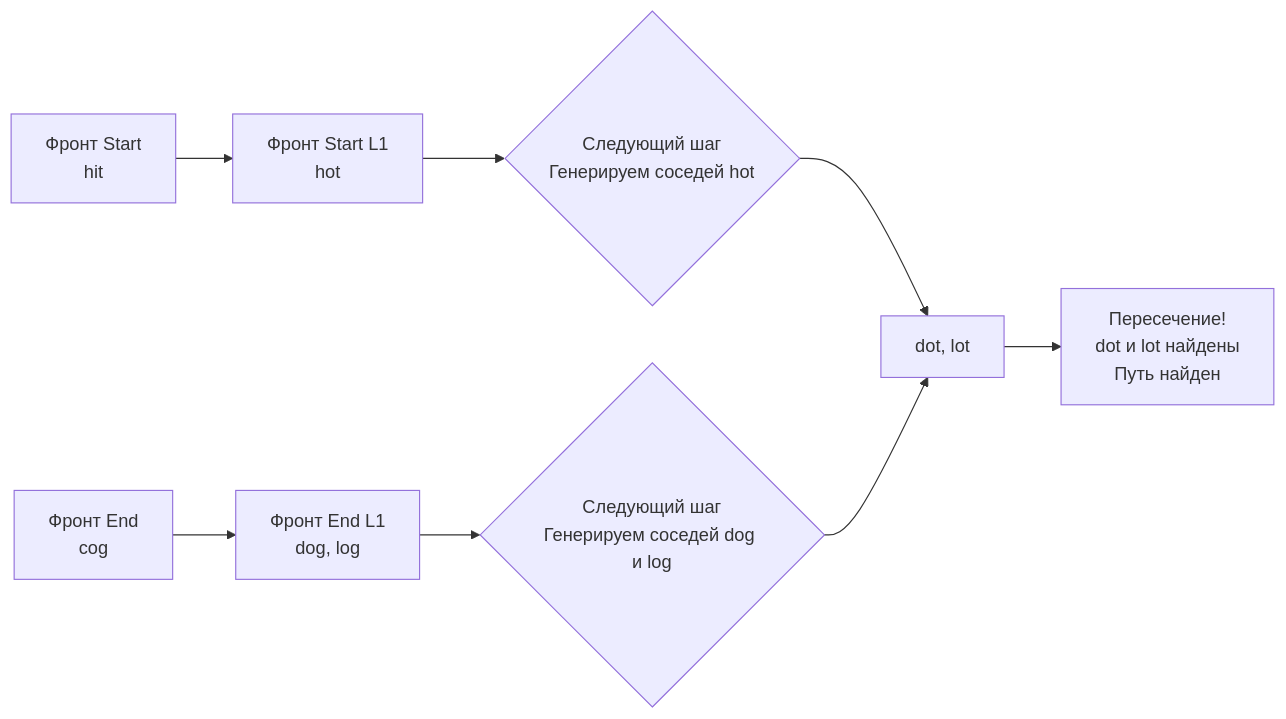
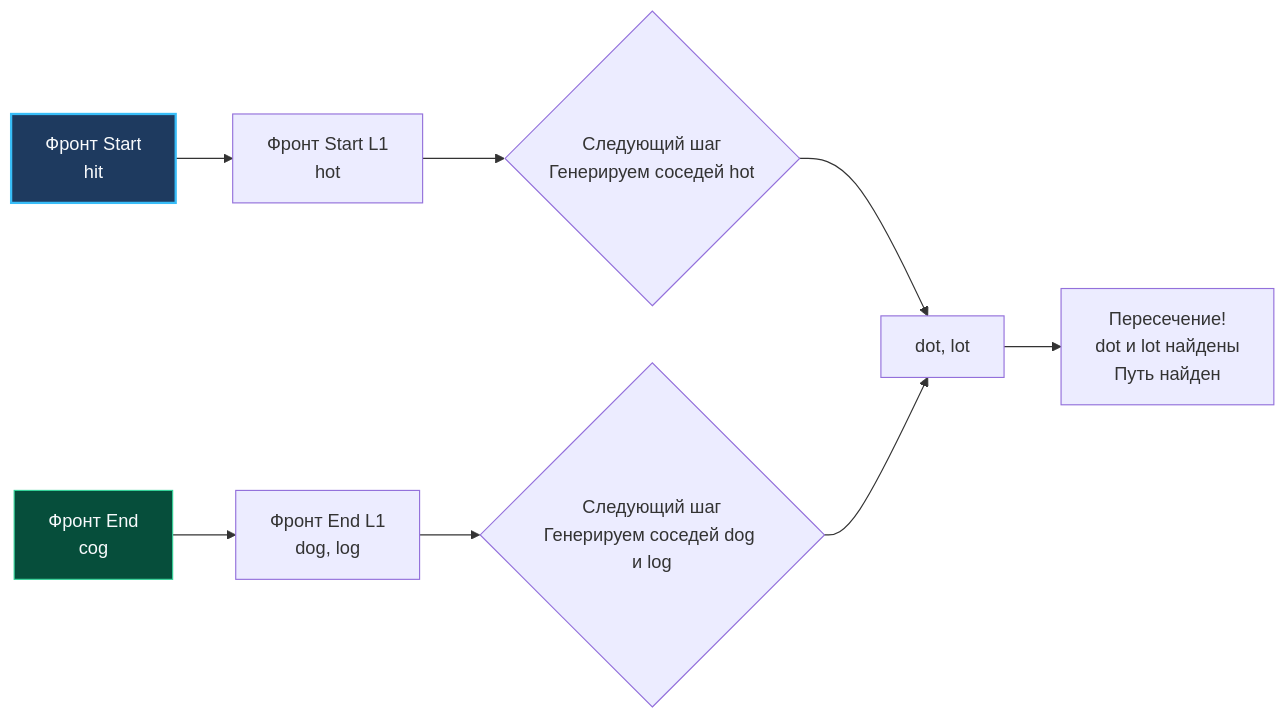
Before and after one commit to UnrealTemplier/go-textbook: the diagram in sources/21. Задачи с LeetCode и собеседований на Go/02. Задачи/12. Поиск в ширину BFS/5. Word Ladder.md, drawn with Mermaid. The commit also changed 1666 other files, not shown here.

First line of the commit message:
feat(mermaid): add semantic color classDef to 1369 colorless flowchart/graph diagrams

````diff
--- a/sources/21. Задачи с LeetCode и собеседований на Go/02. Задачи/12. Поиск в ширину BFS/5. Word Ladder.md
+++ b/sources/21. Задачи с LeetCode и собеседований на Go/02. Задачи/12. Поиск в ширину BFS/5. Word Ladder.md
@@ -101,13 +101,23 @@
 ```mermaid
 flowchart LR
-    A["Фронт Start<br>hit"] --> B["Фронт Start L1<br>hot"]
-    C["Фронт End<br>cog"] --> D["Фронт End L1<br>dog, log"]
+    classDef process  fill:#1e293b,stroke:#38bdf8,stroke-width:1px,color:#f8fafc
+    classDef success  fill:#064e3b,stroke:#34d399,stroke-width:1px,color:#f8fafc
+    classDef error    fill:#7f1d1d,stroke:#f87171,stroke-width:1px,color:#f8fafc
+    classDef warning  fill:#78350f,stroke:#fbbf24,stroke-width:1px,color:#f8fafc
+    classDef entry    fill:#1e3a5f,stroke:#38bdf8,stroke-width:2px,color:#f8fafc
+    classDef aux      fill:#334155,stroke:#64748b,stroke-width:1px,color:#f8fafc
+    classDef system   fill:#312e81,stroke:#a78bfa,stroke-width:1px,color:#f8fafc
+    classDef data     fill:#132d29,stroke:#2dd4bf,stroke-width:1px,color:#f8fafc
+    classDef network  fill:#881337,stroke:#fb7185,stroke-width:1px,color:#f8fafc
+    classDef accent   fill:#1e1b4b,stroke:#818cf8,stroke-width:1px,color:#f8fafc
+    A["Фронт Start<br>hit"]:::entry --> B["Фронт Start L1<br>hot"]
+    C["Фронт End<br>cog"]:::success --> D["Фронт End L1<br>dog, log"]
     
     B --> E{"Следующий шаг<br>Генерируем соседей hot"}
     D --> F{"Следующий шаг<br>Генерируем соседей dog и log"}
     
     E --> G["dot, lot"]
     F --> G
     
     G --> H["Пересечение!<br>dot и lot найдены<br>Путь найден"]
 ```
````
